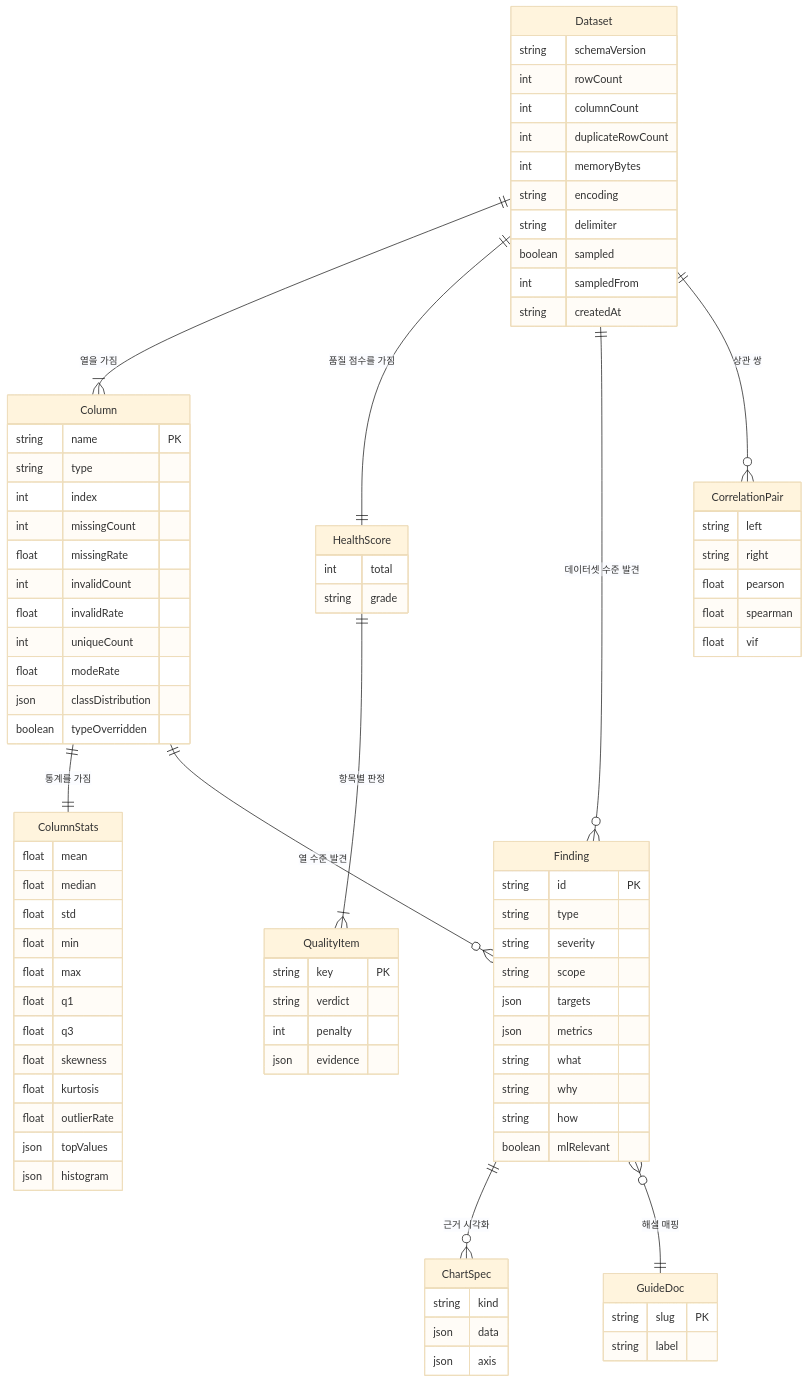
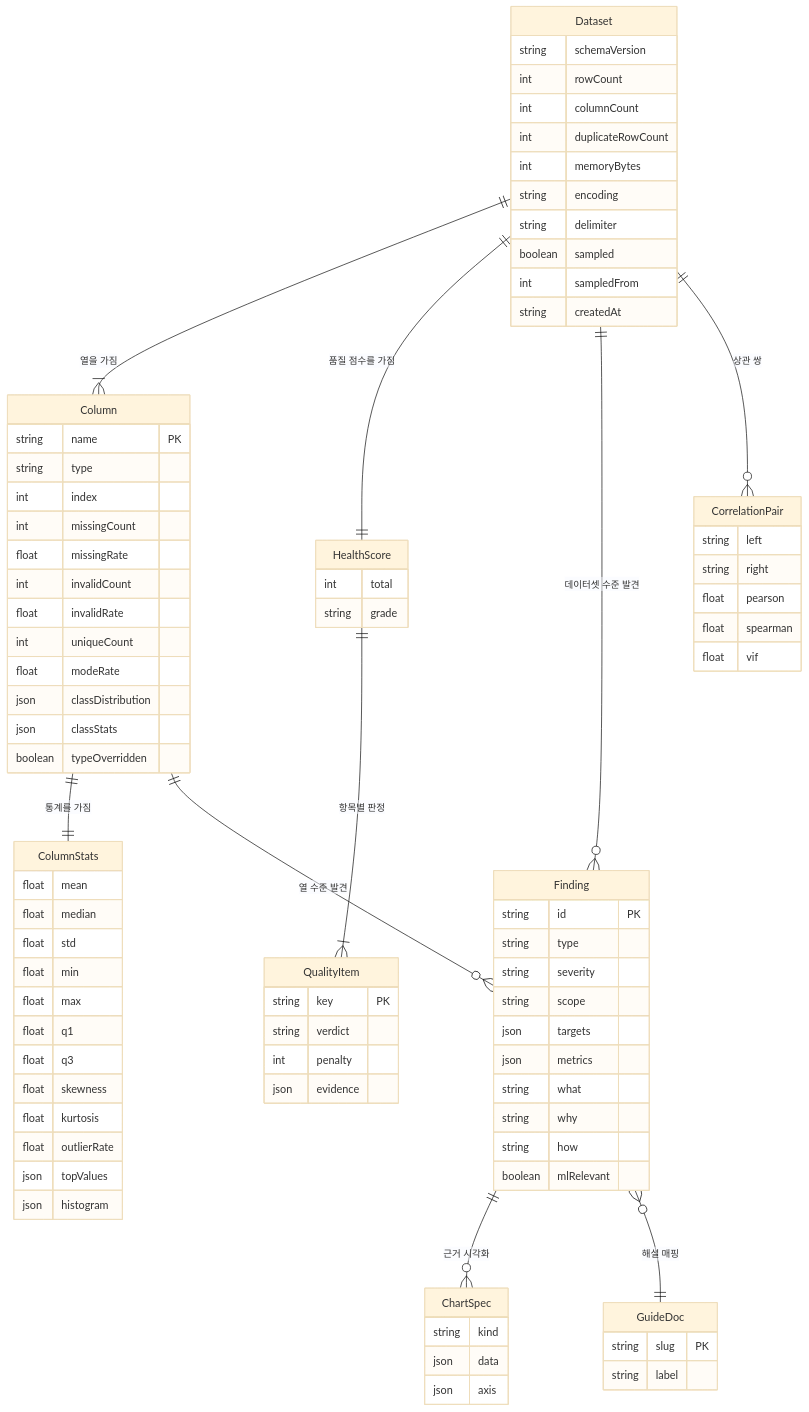
The first of 3 diagrams in docs/data-model.md (kty2001/AutoEDA), drawn with Mermaid (base theme) before and after one commit. The commit also changed other lines of this file and 22 other files, not shown here.

```diff
--- a/docs/data-model.md
+++ b/docs/data-model.md
@@ -58,6 +58,7 @@
         int uniqueCount
         float modeRate
         json classDistribution
+        json classStats
         boolean typeOverridden
     }
     ColumnStats {
```
